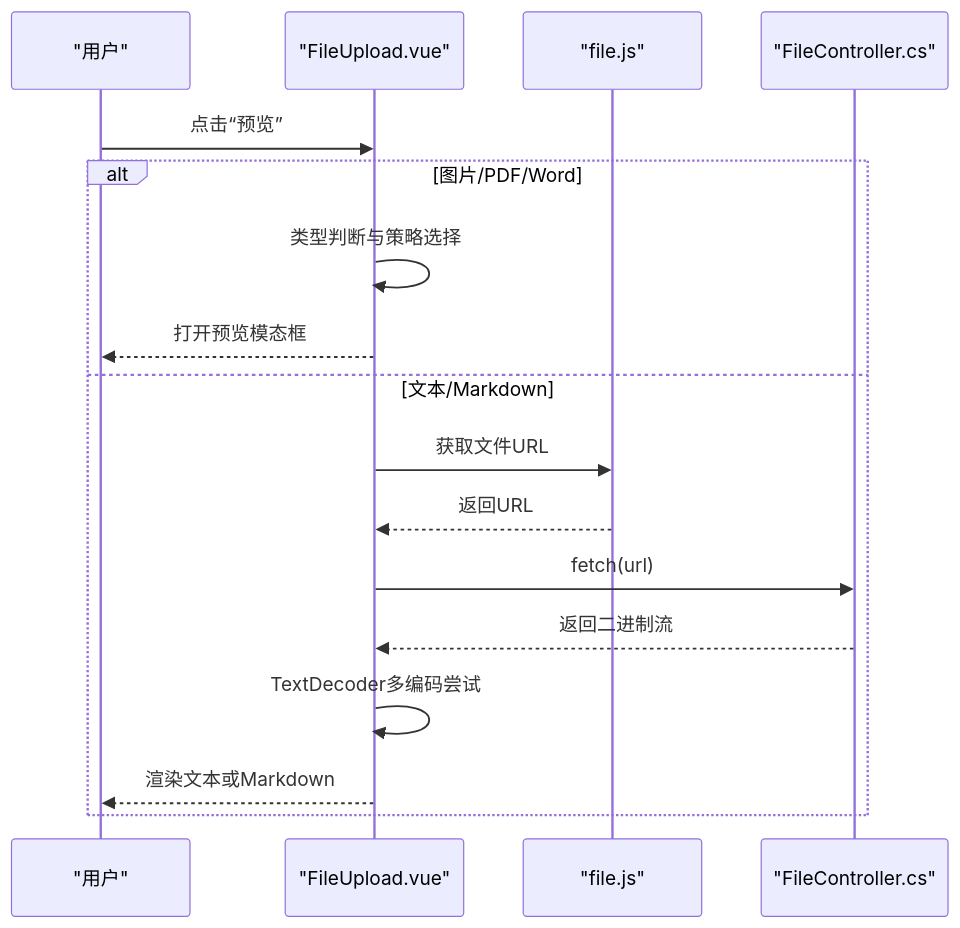
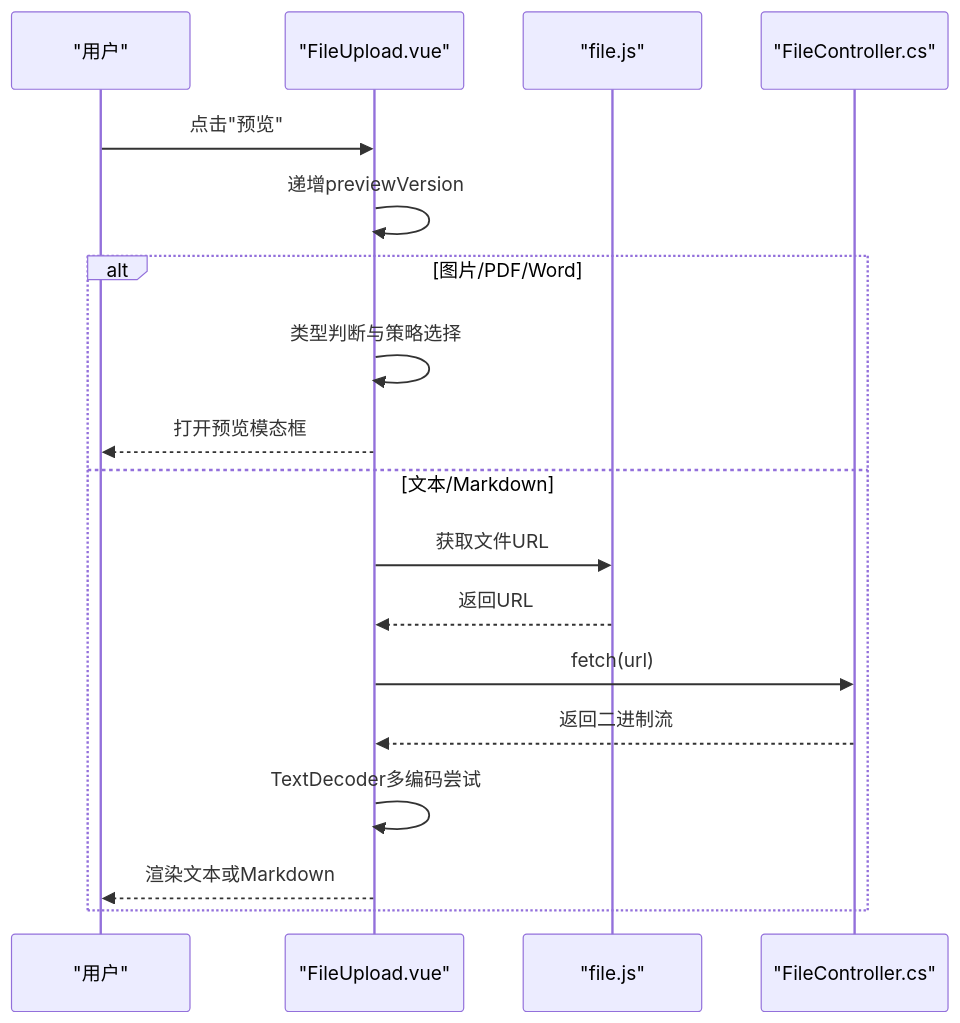
One commit to junkai-li/NetCoreKevin changed the second of 5 diagrams in .qoder/repowiki/zh/content/前端架构/组件设计/文件上传组件/文件预览功能.md. Above: the diagram before and after it, drawn with Mermaid. The commit also changed other lines of this file and 42 other files, not shown here.

````diff
--- a/.qoder/repowiki/zh/content/前端架构/组件设计/文件上传组件/文件预览功能.md
+++ b/.qoder/repowiki/zh/content/前端架构/组件设计/文件上传组件/文件预览功能.md
@@ -83,19 +94,20 @@
 ```mermaid
 sequenceDiagram
 participant U as "用户"
 participant C as "FileUpload.vue"
 participant A as "file.js"
 participant S as "FileController.cs"
-U->>C : 点击“预览”
+U->>C : 点击"预览"
+C->>C : 递增previewVersion
 alt 图片/PDF/Word
 C->>C : 类型判断与策略选择
 C-->>U : 打开预览模态框
 else 文本/Markdown
 C->>A : 获取文件URL
 A-->>C : 返回URL
 C->>S : fetch(url)
 S-->>C : 返回二进制流
 C->>C : TextDecoder多编码尝试
 C-->>U : 渲染文本或Markdown
 end
 ```
````
